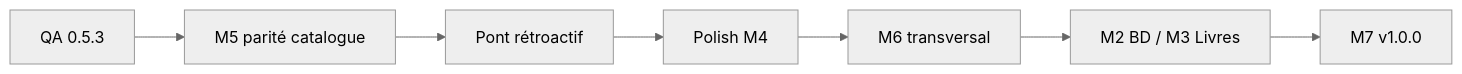
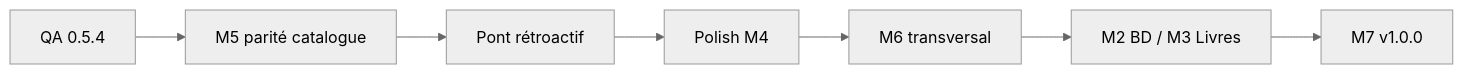
The first of 2 diagrams in ROADMAP.md (daryl40000/mediatheque), drawn with Mermaid (neutral theme) before and after one commit. The commit also changed other lines of this file and 19 other files, not shown here.

````diff
--- a/ROADMAP.md
+++ b/ROADMAP.md
@@ -83,9 +83,9 @@
 ```mermaid
 flowchart LR
-  A[QA 0.5.3] --> B[M5 parité catalogue]
+  A[QA 0.5.4] --> B[M5 parité catalogue]
   B --> C[Pont rétroactif]
   C --> D[Polish M4]
   D --> E[M6 transversal]
   E --> F[M2 BD / M3 Livres]
   F --> G[M7 v1.0.0]
 ```
````
